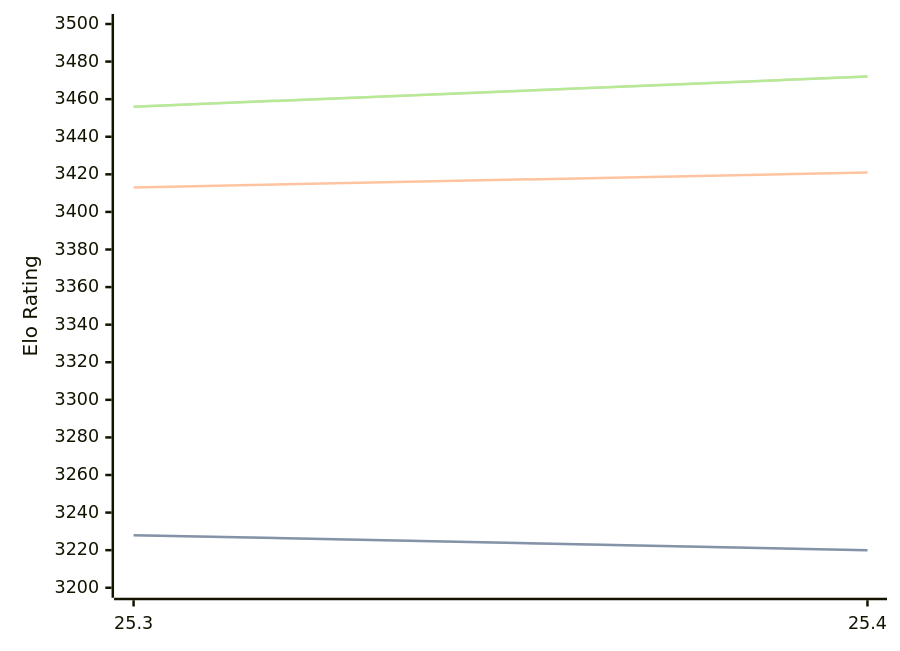
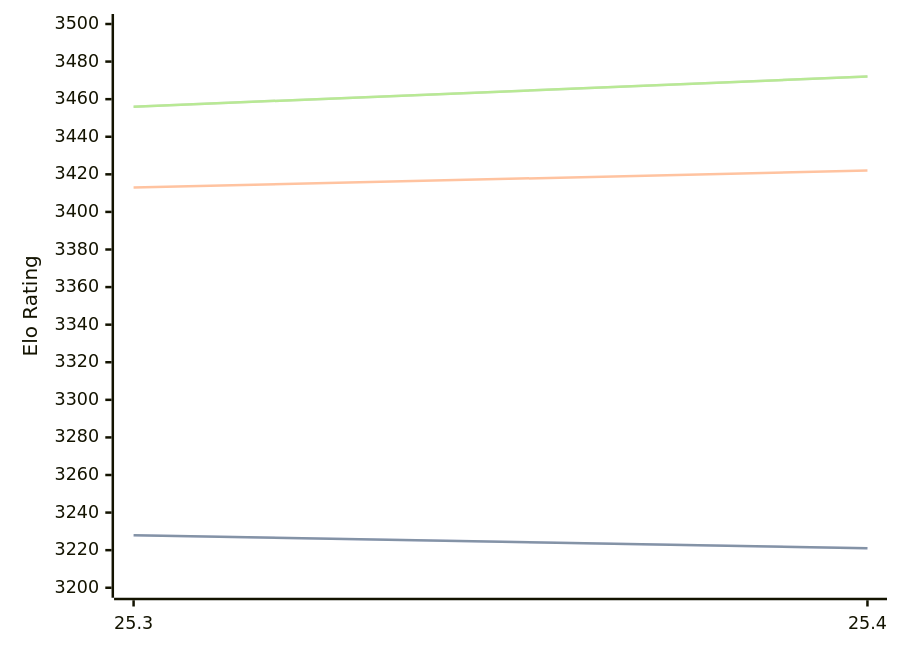
Before and after one commit to computer-chess-index/cci: the third of 3 diagrams in engines/Arasan.md, drawn with Mermaid. The commit also changed other lines of this file, not shown here.

````diff
--- a/engines/Arasan.md
+++ b/engines/Arasan.md
@@ -66,11 +66,11 @@
 ```mermaid
 %%{init: {"theme":"base","themeVariables":{"seriesColors:['#a3a3a3','#222221','#faa371']}}}%%
 xychart-beta
   x-axis ["25.3", "25.4"]
   y-axis "Elo Rating" 3200 --> 3500
-  line "STC (8.0+0.08s)" [3228, 3220]
-  line "STC (8.0+0.08s)" [3228, 3220]
-  line "LTC (60.0+0.60s)" [3413, 3421]
+  line "STC (8.0+0.08s)" [3228, 3221]
+  line "STC (8.0+0.08s)" [3228, 3221]
+  line "LTC (60.0+0.60s)" [3413, 3422]
   line "VLTC (2m24s+1.12s)" [3456, 3472]
   line "VLTC (2m24s+1.12s)" [3456, 3472]
 ```
````
